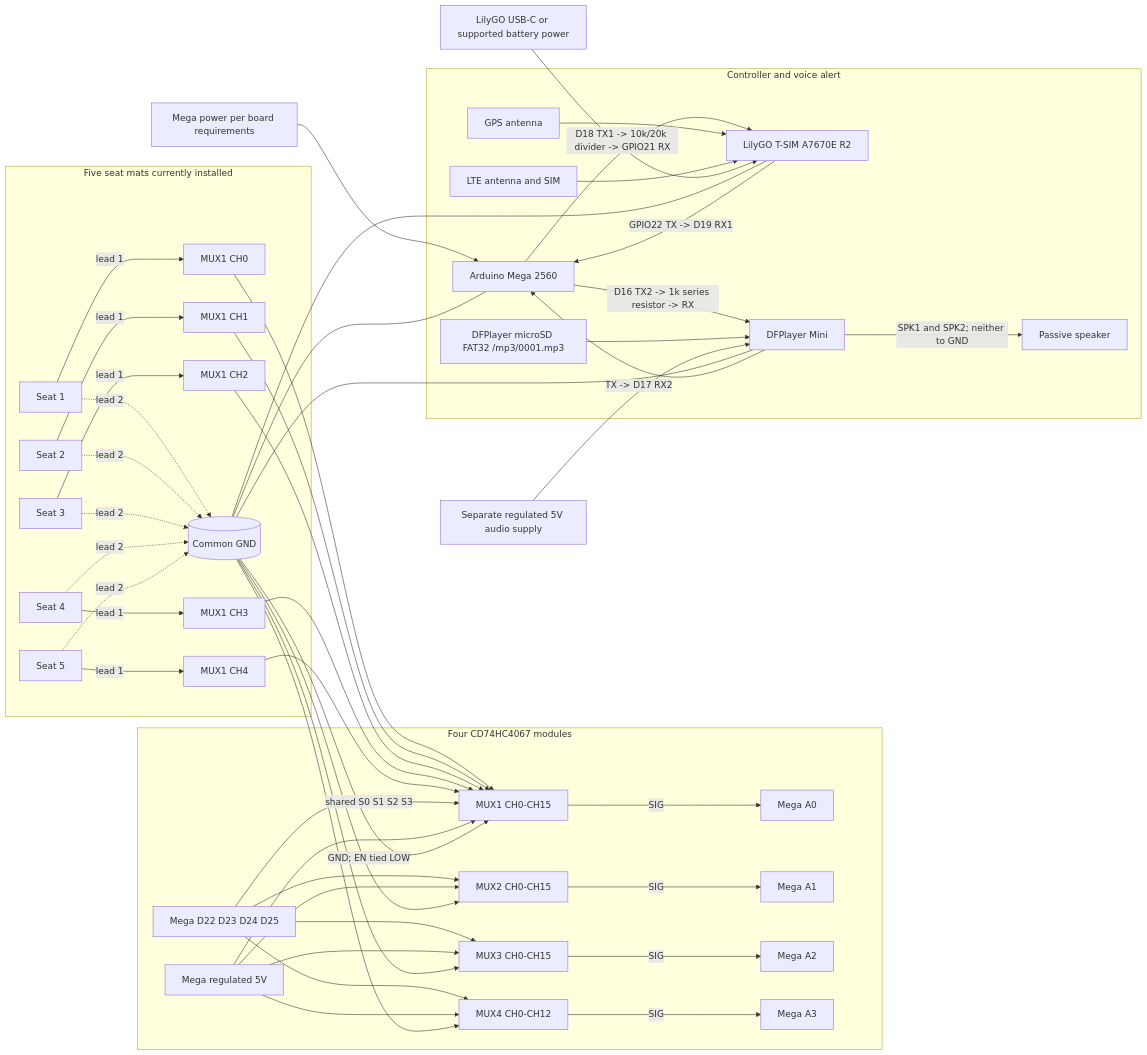
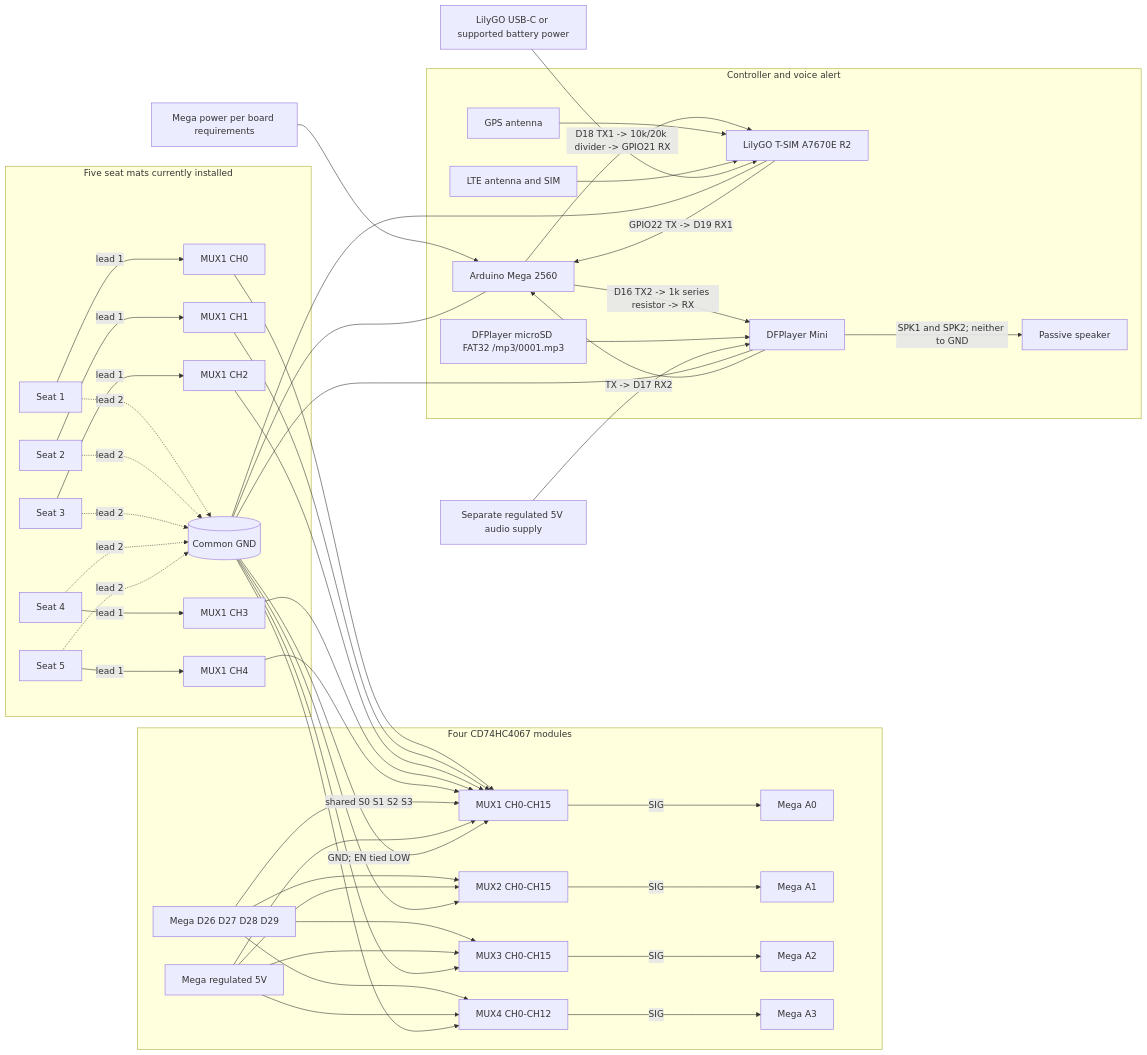
One commit to makeitrielle/teleport changed the diagram in firmware/WIRING.md. Above: the diagram before and after it, drawn with Mermaid. The commit also changed other lines of this file and 20 other files, not shown here.

````diff
--- a/firmware/WIRING.md
+++ b/firmware/WIRING.md
@@ -7,68 +7,68 @@
 ```mermaid
 flowchart LR
   subgraph SEATS[Five seat mats currently installed]
     S1[Seat 1] -->|lead 1| C0[MUX1 CH0]
     S2[Seat 2] -->|lead 1| C1[MUX1 CH1]
     S3[Seat 3] -->|lead 1| C2[MUX1 CH2]
     S4[Seat 4] -->|lead 1| C3[MUX1 CH3]
     S5[Seat 5] -->|lead 1| C4[MUX1 CH4]
     S1 -. lead 2 .-> GND[(Common GND)]
     S2 -. lead 2 .-> GND
     S3 -. lead 2 .-> GND
     S4 -. lead 2 .-> GND
     S5 -. lead 2 .-> GND
   end
 
   subgraph MUX[Four CD74HC4067 modules]
     M1[MUX1 CH0-CH15]
     M2[MUX2 CH0-CH15]
     M3[MUX3 CH0-CH15]
     M4[MUX4 CH0-CH12]
     M1 -->|SIG| A0[Mega A0]
     M2 -->|SIG| A1[Mega A1]
     M3 -->|SIG| A2[Mega A2]
     M4 -->|SIG| A3[Mega A3]
     C0 --> M1
     C1 --> M1
     C2 --> M1
     C3 --> M1
     C4 --> M1
-    ADDR[Mega D22 D23 D24 D25] -->|shared S0 S1 S2 S3| M1
+    ADDR[Mega D26 D27 D28 D29] -->|shared S0 S1 S2 S3| M1
     ADDR --> M2
     ADDR --> M3
     ADDR --> M4
     VMUX[Mega regulated 5V] --> M1
     VMUX --> M2
     VMUX --> M3
     VMUX --> M4
     GND -->|GND; EN tied LOW| M1
     GND --> M2
     GND --> M3
     GND --> M4
   end
 
   subgraph CTRL[Controller and voice alert]
     MEGA[Arduino Mega 2560]
     ESP[LilyGO T-SIM A7670E R2]
     DF[DFPlayer Mini]
     SPK[Passive speaker]
     SD[DFPlayer microSD FAT32 /mp3/0001.mp3]
     GPS[GPS antenna]
     LTE[LTE antenna and SIM]
     MEGA -->|D18 TX1 -> 10k/20k divider -> GPIO21 RX| ESP
     ESP -->|GPIO22 TX -> D19 RX1| MEGA
     MEGA -->|D16 TX2 -> 1k series resistor -> RX| DF
     DF -->|TX -> D17 RX2| MEGA
     DF -->|SPK1 and SPK2; neither to GND| SPK
     SD --> DF
     GPS --> ESP
     LTE --> ESP
   end
 
   PWRMEGA[Mega power per board requirements] --> MEGA
   PWRESP[LilyGO USB-C or supported battery power] --> ESP
   PWRDF[Separate regulated 5V audio supply] --> DF
   GND --- MEGA
   GND --- ESP
   GND --- DF
 ```
````
